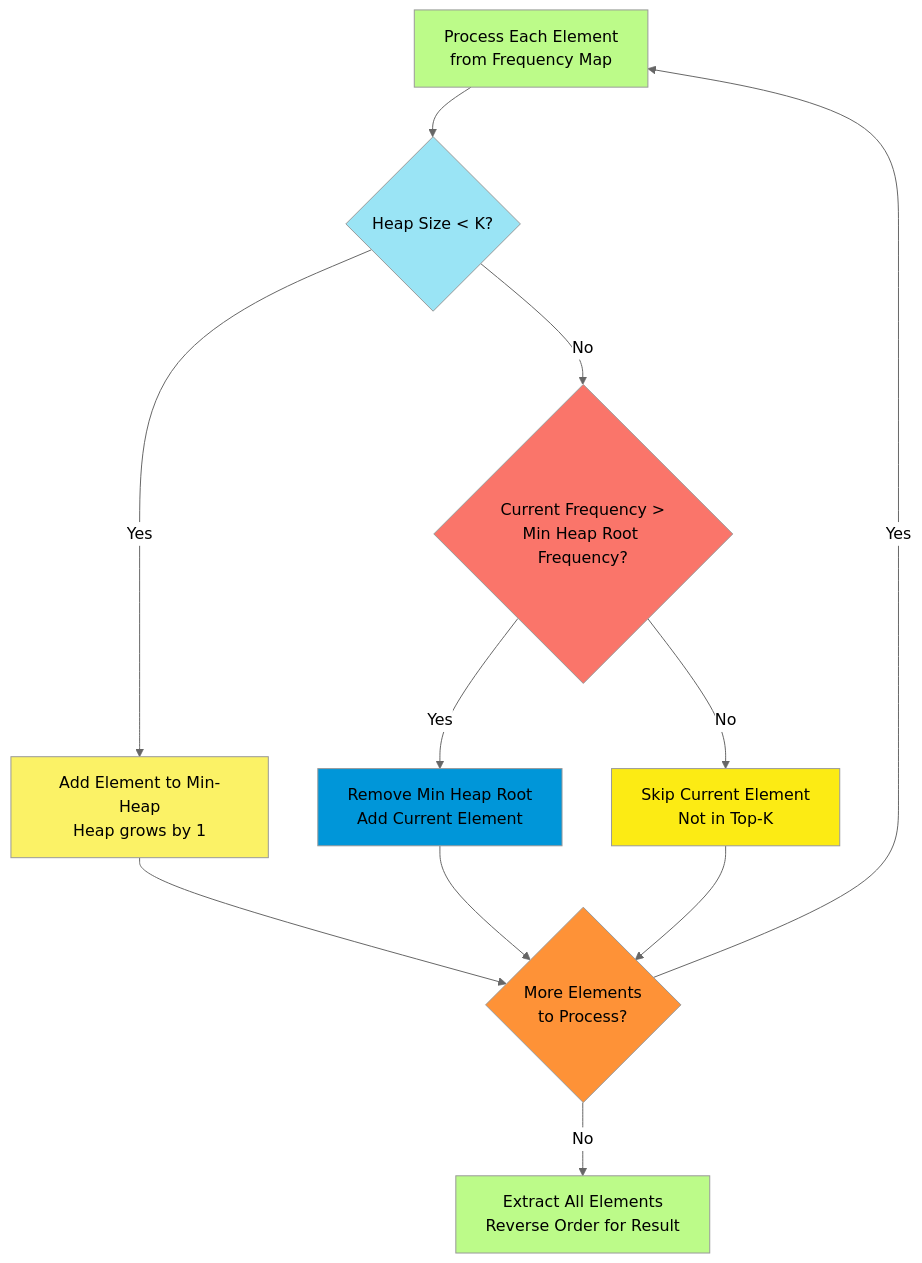
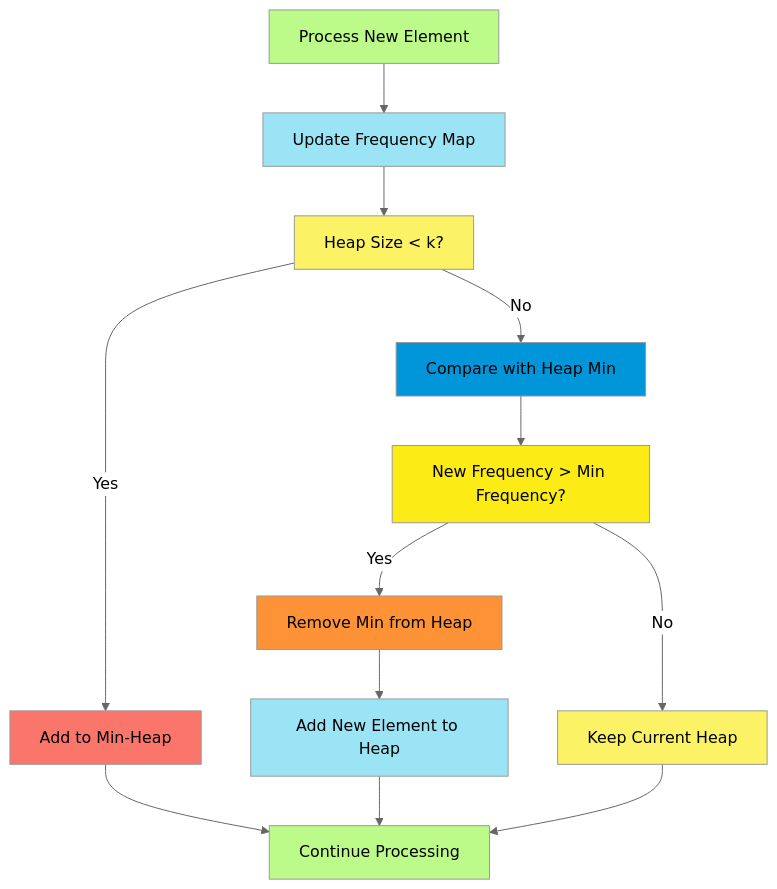
Before and after one commit to Chaklader/Coding-Interview: the third of 6 diagrams in C_8.md, drawn with Mermaid (neutral theme). The commit also changed other lines of this file, not shown here.

````diff
--- a/C_8.md
+++ b/C_8.md
@@ -2732,22 +581,25 @@
 ```mermaid
 flowchart TD
-    A["Process Each Element<br>from Frequency Map"] --> B{"Heap Size < K?"}
-    B -->|Yes| C["Add Element to Min-Heap<br>Heap grows by 1"]
-    B -->|No| D{"Current Frequency ><br>Min Heap Root Frequency?"}
-    D -->|Yes| E["Remove Min Heap Root<br>Add Current Element"]
-    D -->|No| F["Skip Current Element<br>Not in Top-K"]
-    C --> G{"More Elements<br>to Process?"}
-    E --> G
-    F --> G
-    G -->|Yes| A
-    G -->|No| H["Extract All Elements<br>Reverse Order for Result"]
+    A["Process New Element"] --> B["Update Frequency Map"]
+    B --> C["Heap Size < k?"]
+    C -->|Yes| D["Add to Min-Heap"]
+    C -->|No| E["Compare with Heap Min"]
+    E --> F["New Frequency > Min Frequency?"]
+    F -->|Yes| G["Remove Min from Heap"]
+    G --> H["Add New Element to Heap"]
+    F -->|No| I["Keep Current Heap"]
+    D --> J["Continue Processing"]
+    H --> J
+    I --> J
 
     style A fill:#BCFB89
     style B fill:#9AE4F5
     style C fill:#FBF266
     style D fill:#FA756A
     style E fill:#0096D9
     style F fill:#FCEB14
     style G fill:#FE9237
-    style H fill:#BCFB89
+    style H fill:#9AE4F5
+    style I fill:#FBF266
+    style J fill:#BCFB89
 ```
````
